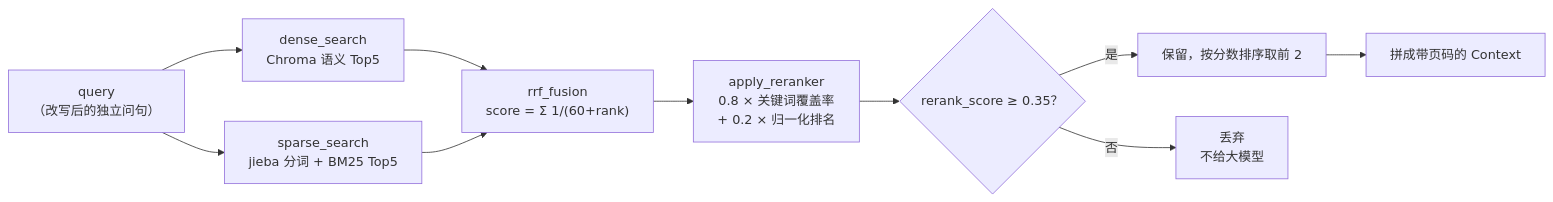
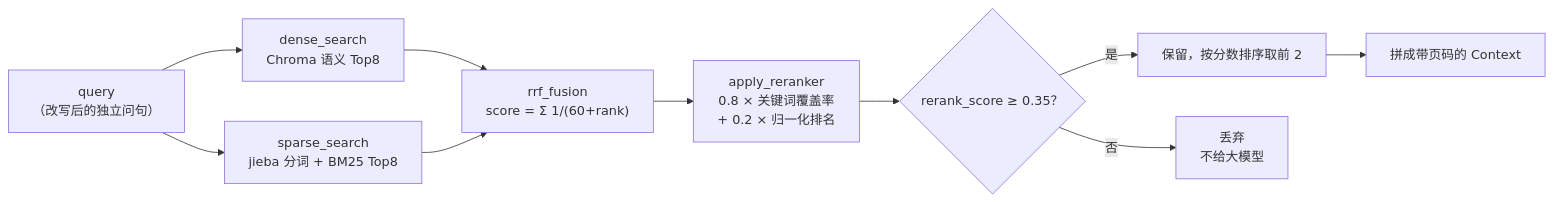
One commit to qzbxxx/edu-Agent changed the second of 4 diagrams in docs/流程图.md. Above: the diagram before and after it, drawn with Mermaid. The commit also changed 13 other files, not shown here.

````diff
--- a/docs/流程图.md
+++ b/docs/流程图.md
@@ -75,14 +75,14 @@
 ```mermaid
 flowchart LR
-    Q["query<br/>（改写后的独立问句）"] --> D["dense_search<br/>Chroma 语义 Top5"]
-    Q --> S["sparse_search<br/>jieba 分词 + BM25 Top5"]
+    Q["query<br/>（改写后的独立问句）"] --> D["dense_search<br/>Chroma 语义 Top8"]
+    Q --> S["sparse_search<br/>jieba 分词 + BM25 Top8"]
 
     D --> R["rrf_fusion<br/>score = Σ 1/(60+rank)"]
     S --> R
 
     R --> RR["apply_reranker<br/>0.8 × 关键词覆盖率<br/>+ 0.2 × 归一化排名"]
     RR --> T{"rerank_score ≥ 0.35？"}
     T -->|"是"| K["保留，按分数排序取前 2"]
     T -->|"否"| X["丢弃<br/>不给大模型"]
     K --> CTX["拼成带页码的 Context"]
 ```
````
